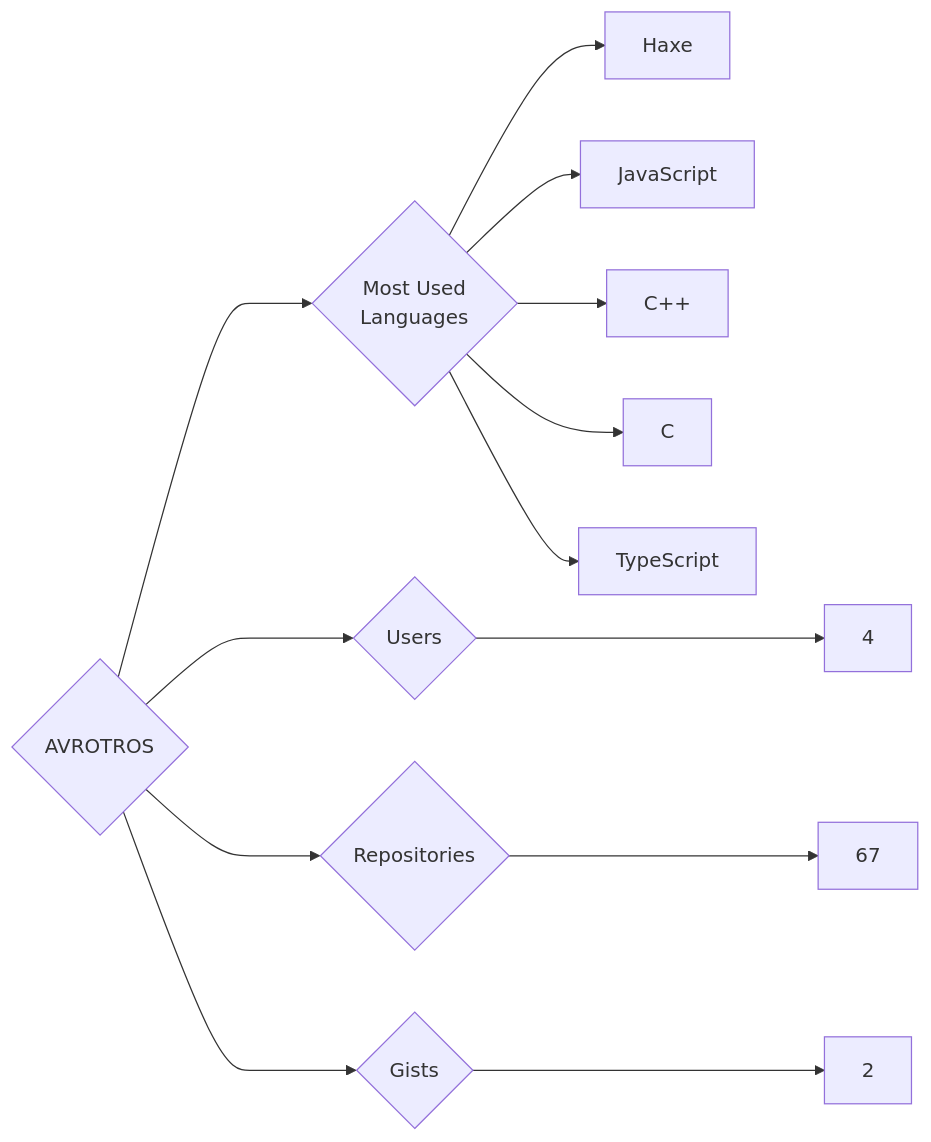
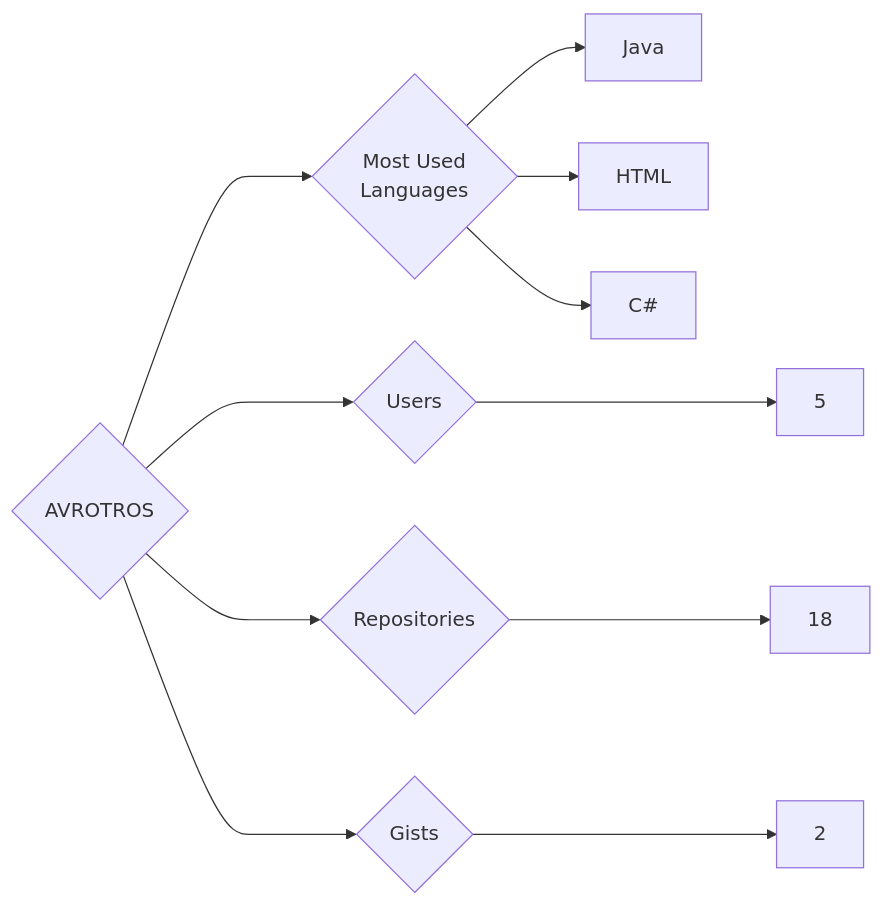
The diagram in targets/AVROTROS/README.md (trickest/insiders), drawn with Mermaid before and after one commit. The commit also changed 736 other files, not shown here.

````diff
--- a/targets/AVROTROS/README.md
+++ b/targets/AVROTROS/README.md
@@ -3,13 +3,11 @@
 ```mermaid
 graph LR
 COMPANY_NAME{AVROTROS}
-COMPANY_NAME ---> U{Users} ---> UN[4]
-COMPANY_NAME ---> R{Repositories} ---> RN[67]
+COMPANY_NAME ---> U{Users} ---> UN[5]
+COMPANY_NAME ---> R{Repositories} ---> RN[18]
 COMPANY_NAME ---> G{Gists} ---> GN[2]
 COMPANY_NAME ---> ML{Most Used<br>Languages}
-ML --> Haxe[Haxe]
-ML --> JavaScript[JavaScript]
-ML --> C++[C++]
-ML --> C[C]
-ML --> TypeScript[TypeScript]
+ML --> Java[Java]
+ML --> HTML[HTML]
+ML --> C#[C#]
 ```
````
